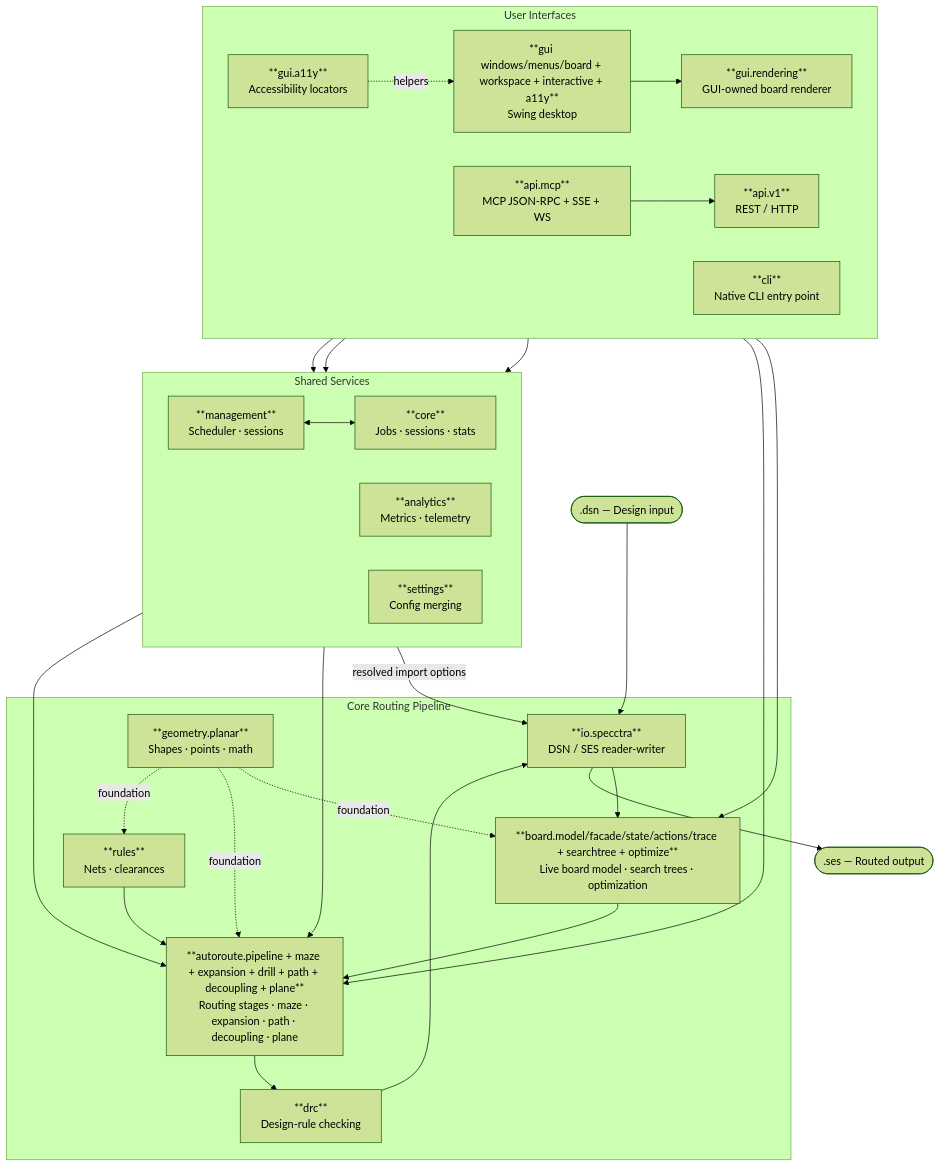
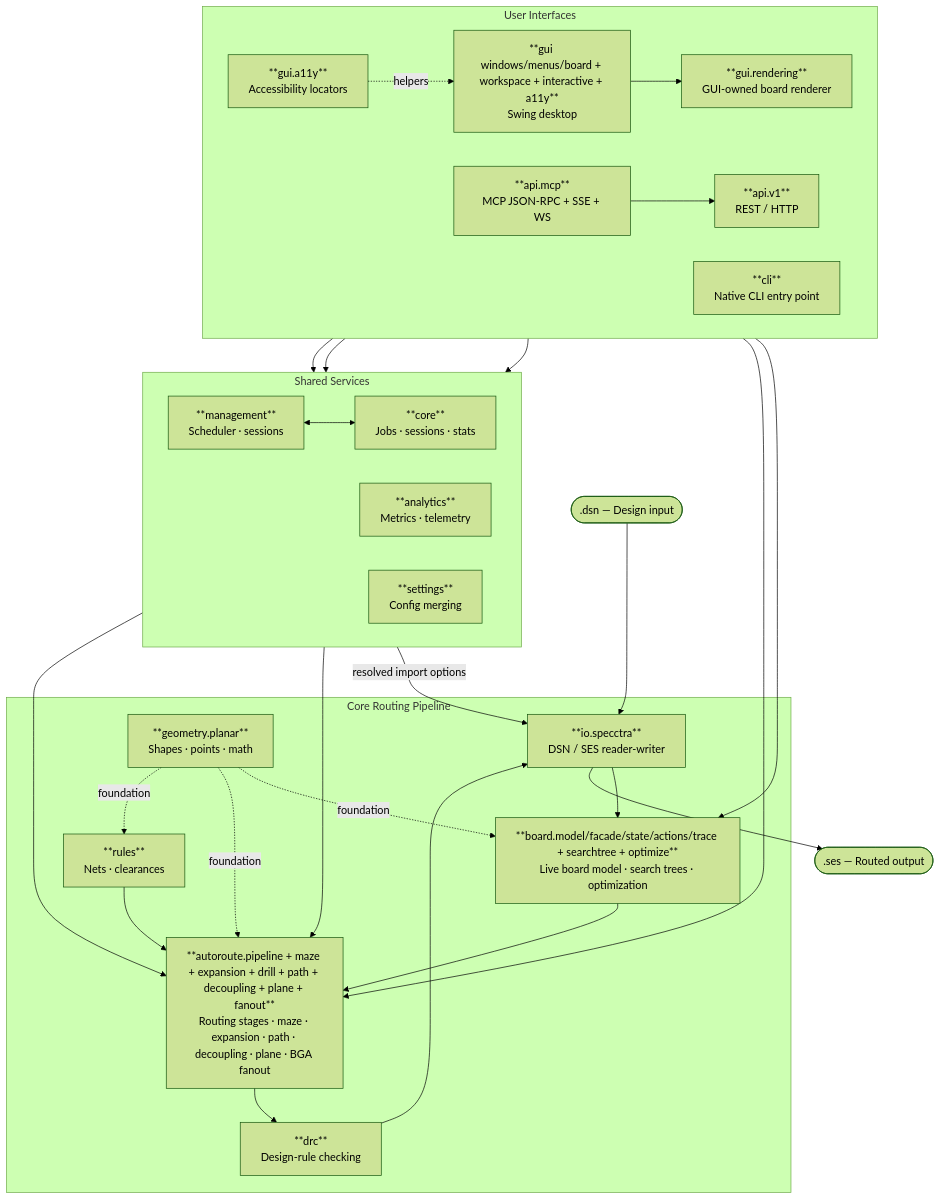
One commit to freerouting/freerouting changed the diagram in docs/architecture.md. Above: the diagram before and after it, drawn with Mermaid (forest theme). The commit also changed other lines of this file and 17 other files, not shown here.

Commit message:
feat(fanout): add deterministic CPU multi-layer BGA escape router

````diff
--- a/docs/architecture.md
+++ b/docs/architecture.md
@@ -16,52 +16,52 @@
 ```mermaid
 flowchart TD
     DSN([".dsn — Design input"])
     SES([".ses — Routed output"])
 
     subgraph interfaces ["User Interfaces"]
         direction LR
         GUI["**gui windows/menus/board + workspace + interactive + a11y**\nSwing desktop"]
         RENDER["**gui.rendering**\nGUI-owned board renderer"]
         A11Y["**gui.a11y**\nAccessibility locators"]
         API["**api.v1**\nREST / HTTP"]
         MCP["**api.mcp**\nMCP JSON-RPC + SSE + WS"]
         CLI["**cli**\nNative CLI entry point"]
     end
 
     subgraph services ["Shared Services"]
         direction LR
         MGMT["**management**\nScheduler · sessions"]
         ANALYTICS["**analytics**\nMetrics · telemetry"]
         CORE["**core**\nJobs · sessions · stats"]
         CFG["**settings**\nConfig merging"]
     end
 
     subgraph pipeline ["Core Routing Pipeline"]
         IO["**io.specctra**\nDSN / SES reader-writer"]
         BOARD["**board.model/facade/state/actions/trace + searchtree + optimize**\nLive board model · search trees · optimization"]
         RULES["**rules**\nNets · clearances"]
-        AR["**autoroute.pipeline + maze + expansion + drill + path + decoupling + plane**\nRouting stages · maze · expansion · path · decoupling · plane"]
+        AR["**autoroute.pipeline + maze + expansion + drill + path + decoupling + plane + fanout**\nRouting stages · maze · expansion · path · decoupling · plane · BGA fanout"]
         DRC["**drc**\nDesign-rule checking"]
         GEO["**geometry.planar**\nShapes · points · math"]
     end
 
     DSN --> IO --> BOARD
     MGMT -->|resolved import options| IO
     RULES --> AR
     BOARD --> AR
     AR --> DRC --> IO --> SES
     GEO -. foundation .-> BOARD
     GEO -. foundation .-> AR
     GEO -. foundation .-> RULES
 
     GUI --> MGMT
     GUI --> RENDER --> BOARD
     RENDER --> AR
     A11Y -. helpers .-> GUI
     API --> MGMT
     MCP --> API
     CLI --> MGMT
     MGMT <--> CORE
     CFG --> AR
     CORE --> AR
 ```
````
